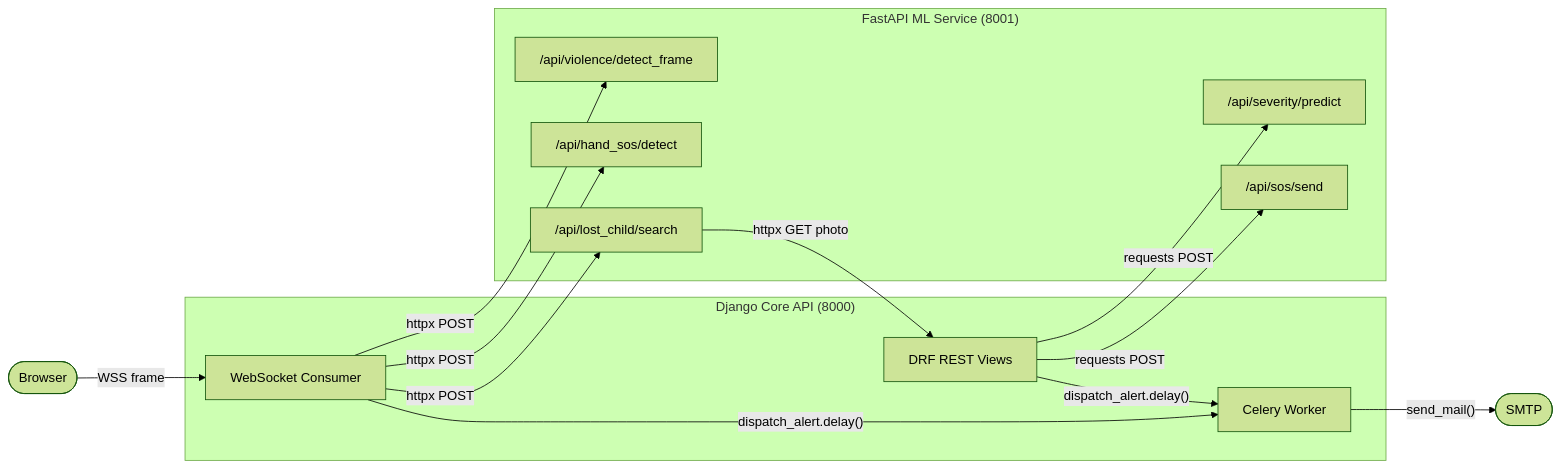
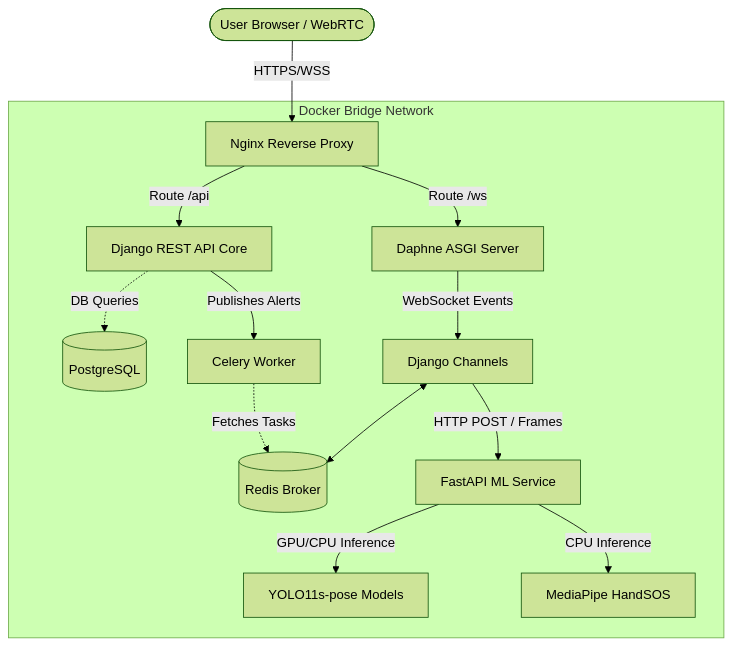
Before and after one commit to nathanmendis/carevault-tensortitans: the second of 4 diagrams in migration_doc.md, drawn with Mermaid (forest theme). The commit also changed other lines of this file and 84 other files, not shown here.

````diff
--- a/migration_doc.md
+++ b/migration_doc.md
@@ -346,28 +79,22 @@
 ```mermaid
-flowchart LR
-    subgraph Django ["Django Core API (8000)"]
-        WS[WebSocket Consumer]
-        REST[DRF REST Views]
-        CELERY[Celery Worker]
+graph TD
+    User([User Browser / WebRTC]) -- HTTPS/WSS --> Nginx[Nginx Reverse Proxy]
+    
+    subgraph Docker Bridge Network
+        Nginx -- Route /api --> DjangoREST[Django REST API Core]
+        Nginx -- Route /ws --> Daphne[Daphne ASGI Server]
+        
+        DjangoREST -. DB Queries .-> Postgres[(PostgreSQL)]
+        
+        Daphne -- WebSocket Events --> Channels[Django Channels]
+        Channels <--> Redis[(Redis Broker)]
+        
+        Channels -- HTTP POST / Frames --> FastAPI[FastAPI ML Service]
+        
+        FastAPI -- GPU/CPU Inference --> YOLO[YOLO11s-pose Models]
+        FastAPI -- CPU Inference --> MediaPipe[MediaPipe HandSOS]
+        
+        DjangoREST -- Publishes Alerts --> Celery[Celery Worker]
+        Celery -. Fetches Tasks .-> Redis
     end
-
-    subgraph FastAPI ["FastAPI ML Service (8001)"]
-        V["/api/violence/detect_frame"]
-        H["/api/hand_sos/detect"]
-        L["/api/lost_child/search"]
-        S["/api/severity/predict"]
-        SOS["/api/sos/send"]
-    end
-
-    Browser([Browser]) -- "WSS frame" --> WS
-    WS -- "httpx POST" --> V
-    WS -- "httpx POST" --> H
-    WS -- "httpx POST" --> L
-    REST -- "requests POST" --> S
-    REST -- "requests POST" --> SOS
-    L -- "httpx GET photo" --> REST
-
-    WS -- "dispatch_alert.delay()" --> CELERY
-    REST -- "dispatch_alert.delay()" --> CELERY
-    CELERY -- "send_mail()" --> SMTP([SMTP])
 ```
````
